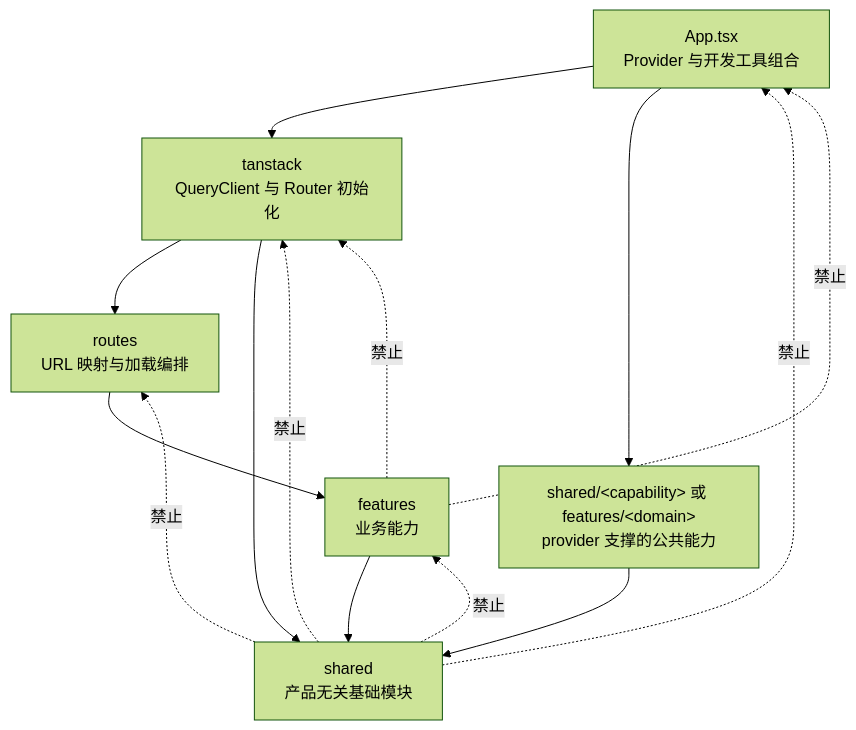
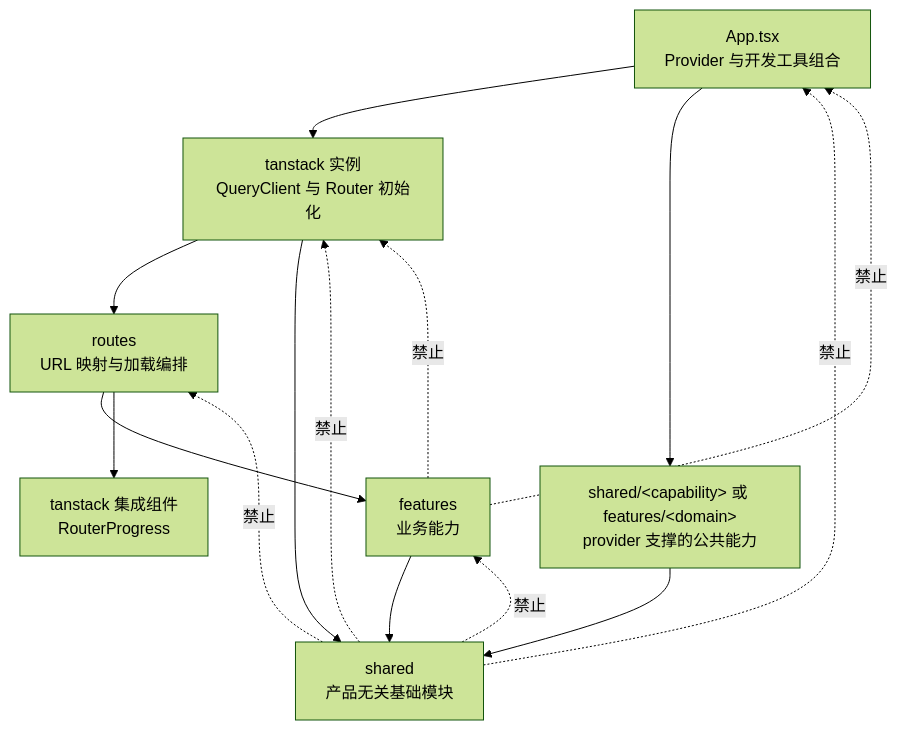
Before and after one commit to RingoTangs/react-app: the diagram in README.md, drawn with Mermaid (forest theme). The commit also changed other lines of this file and 4 other files, not shown here.

Commit message:
feat: implement RouterProgress component for managing loading animations during route transitions

````diff
--- a/README.md
+++ b/README.md
@@ -171,24 +171,26 @@
 ```mermaid
 flowchart TD
   App["App.tsx<br/>Provider 与开发工具组合"]
-  TanStack["tanstack<br/>QueryClient 与 Router 初始化"]
+  TanStack["tanstack 实例<br/>QueryClient 与 Router 初始化"]
+  RouterIntegration["tanstack 集成组件<br/>RouterProgress"]
   Routes["routes<br/>URL 映射与加载编排"]
   Features["features<br/>业务能力"]
   Shared["shared<br/>产品无关基础模块"]
   ProviderCapability["shared/&lt;capability&gt; 或 features/&lt;domain&gt;<br/>provider 支撑的公共能力"]
 
   App --> TanStack
   TanStack --> Routes
   TanStack --> Shared
   App --> ProviderCapability
   Routes --> Features
+  Routes --> RouterIntegration
   Features --> Shared
   ProviderCapability --> Shared
 
   Shared -. 禁止 .-> App
   Shared -. 禁止 .-> Routes
   Shared -. 禁止 .-> Features
   Features -. 禁止 .-> App
   Features -. 禁止 .-> TanStack
   Shared -. 禁止 .-> TanStack
 ```
````
